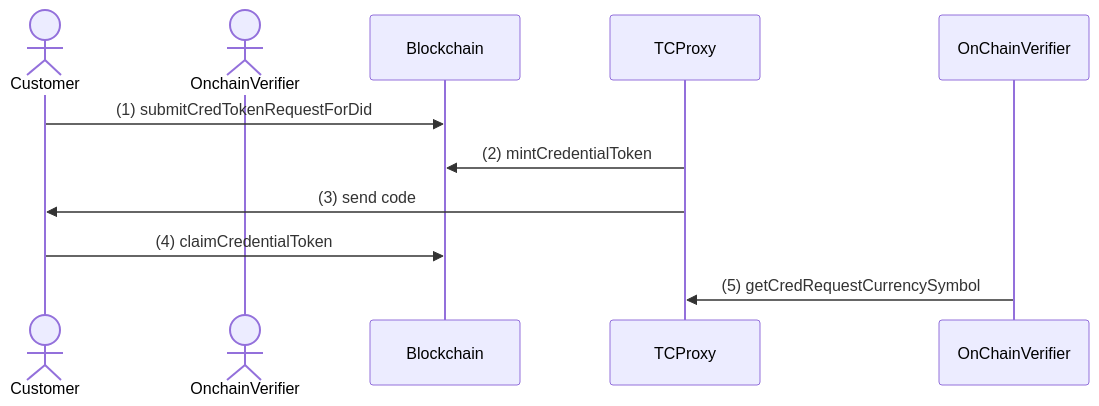
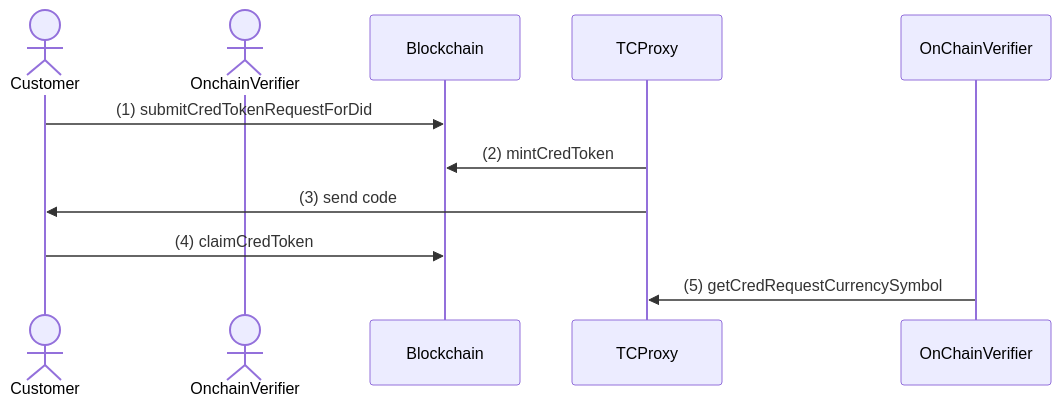
Before and after one commit to zakaio/cardano-tokens-and-credentials: the fourth of 6 diagrams in docs/Flow.md, drawn with Mermaid. The commit also changed other lines of this file, not shown here.

````diff
--- a/docs/Flow.md
+++ b/docs/Flow.md
@@ -58,12 +58,12 @@
 ```mermaid
 sequenceDiagram
 actor Customer
 actor OnchainVerifier
 
 Customer ->> Blockchain: (1) submitCredTokenRequestForDid
-TCProxy ->> Blockchain: (2) mintCredentialToken 
+TCProxy ->> Blockchain: (2) mintCredToken 
 TCProxy ->> Customer: (3)  send code
-Customer ->> Blockchain: (4)  claimCredentialToken
+Customer ->> Blockchain: (4)  claimCredToken
 
 OnChainVerifier ->> TCProxy: (5)  getCredRequestCurrencySymbol
 ```
````
